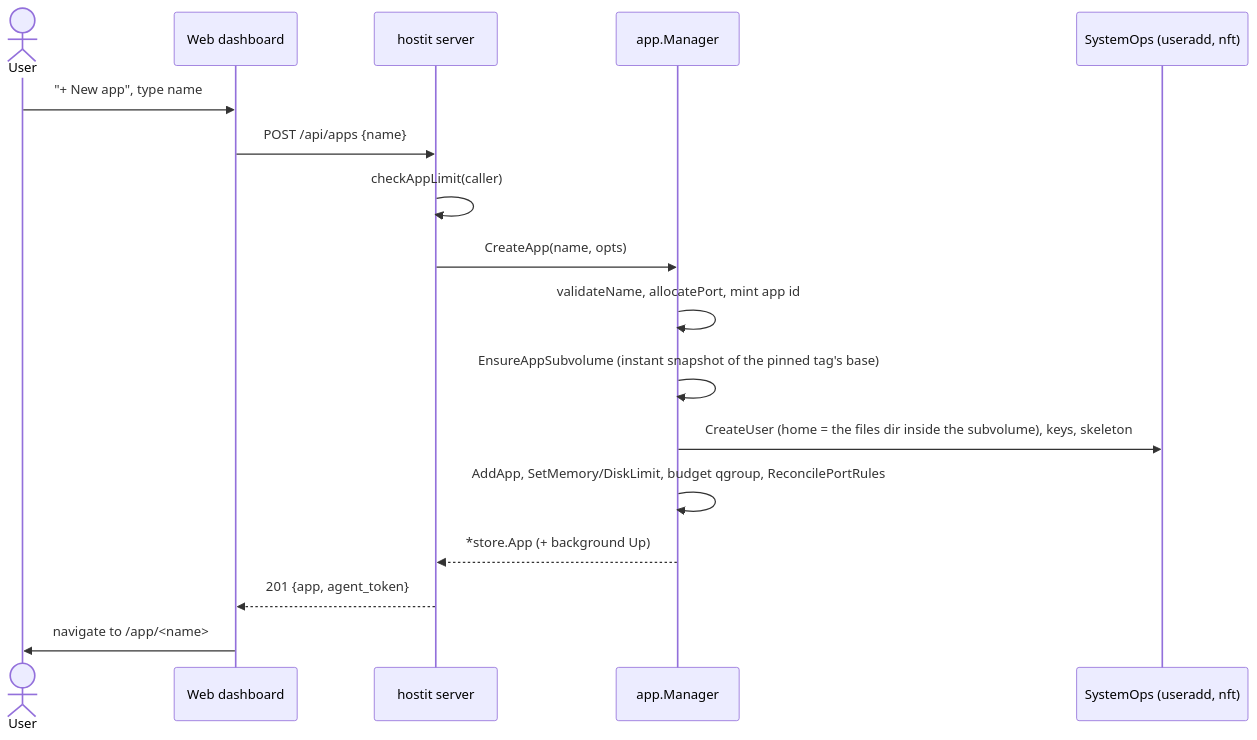
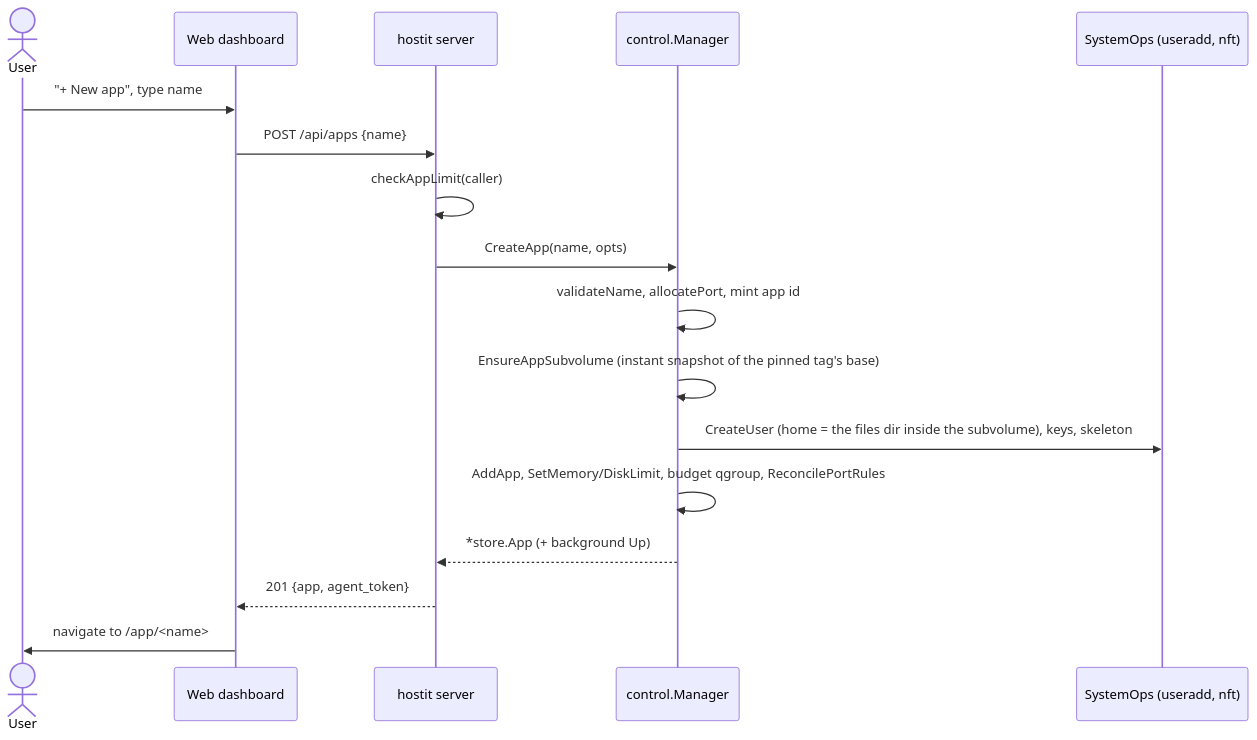
Before and after one commit to binwiederhier/hostit: the diagram in docs/features/apps-lifecycle.md, drawn with Mermaid. The commit also changed other lines of this file and 32 other files, not shown here.

First line of the commit message:
docs: catch the documentation up with the shipped split architecture

````diff
--- a/docs/features/apps-lifecycle.md
+++ b/docs/features/apps-lifecycle.md
@@ -42,19 +42,19 @@
 ```mermaid
 sequenceDiagram
     actor User
     participant Dashboard as Web dashboard
     participant Server as hostit server
-    participant Manager as app.Manager
+    participant Manager as control.Manager
     participant OS as SystemOps (useradd, nft)
     User->>Dashboard: "+ New app", type name
     Dashboard->>Server: POST /api/apps {name}
     Server->>Server: checkAppLimit(caller)
     Server->>Manager: CreateApp(name, opts)
     Manager->>Manager: validateName, allocatePort, mint app id
     Manager->>Manager: EnsureAppSubvolume (instant snapshot of the pinned tag's base)
     Manager->>OS: CreateUser (home = the files dir inside the subvolume), keys, skeleton
     Manager->>Manager: AddApp, SetMemory/DiskLimit, budget qgroup, ReconcilePortRules
     Manager-->>Server: *store.App (+ background Up)
     Server-->>Dashboard: 201 {app, agent_token}
     Dashboard->>User: navigate to /app/<name>
 ```
````
